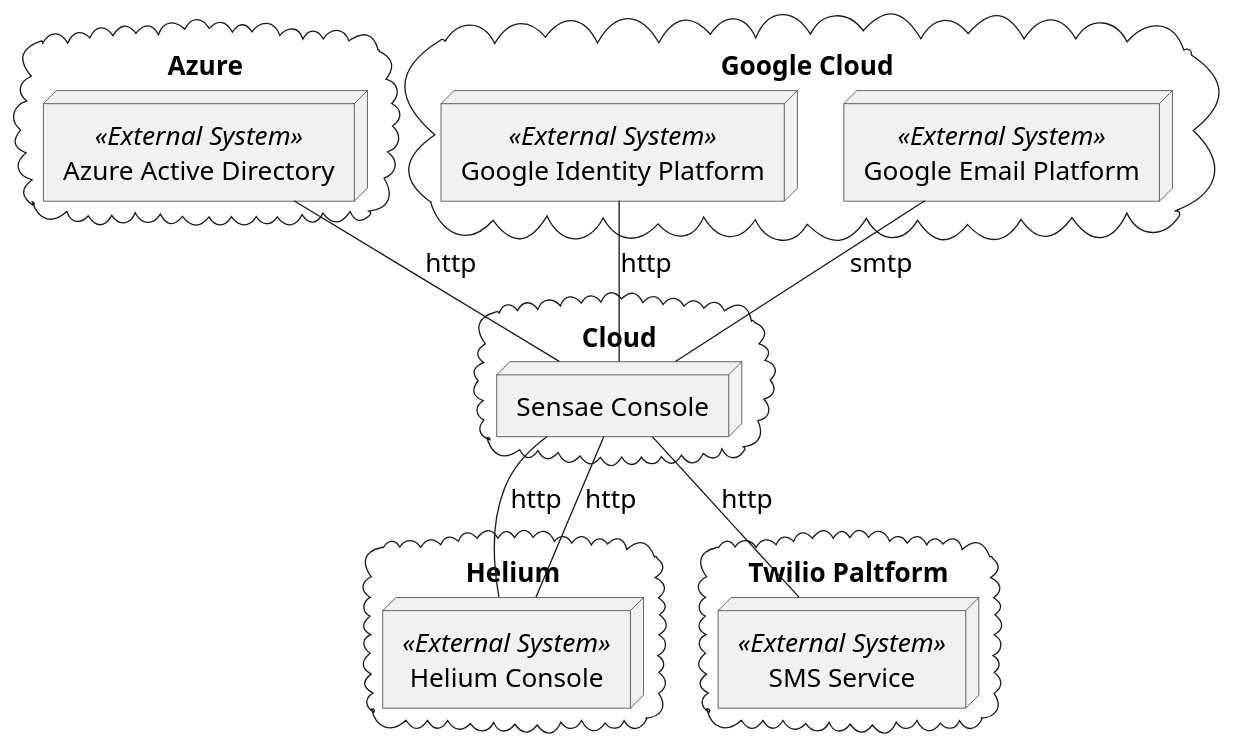
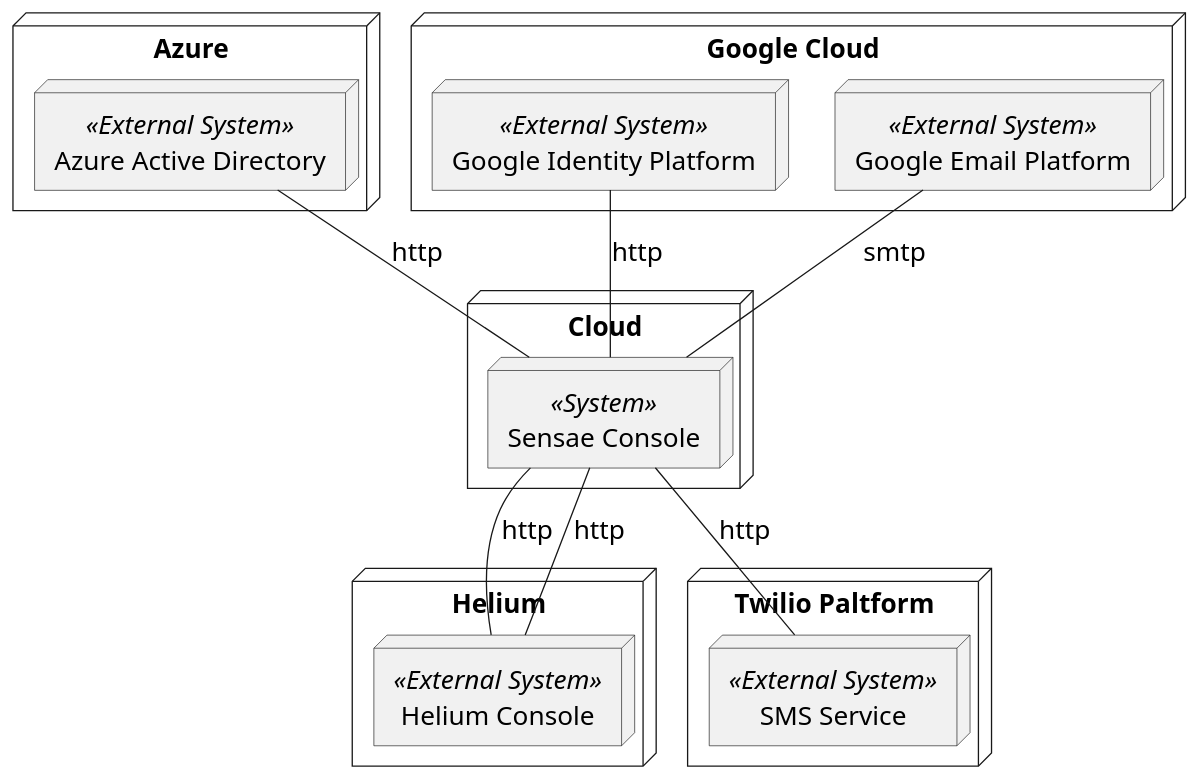
The diagram in assets/diagrams/design/architectural/level1/physical-view.pu (FilipeMCruz/dissertation), drawn with PlantUML before and after one commit. The commit also changed 11 other files, not shown here.

Commit message:
Fixed some diagrams

```diff
--- a/assets/diagrams/design/architectural/level1/physical-view.pu
+++ b/assets/diagrams/design/architectural/level1/physical-view.pu
@@ -1,39 +1,39 @@
 @startuml physical-view
 
 skinparam defaultFontSize 20
 skinparam Monochrome true
 skinparam sequenceMessageAlign center
 skinparam componentStyle uml2
 skinparam packageStyle rectangle
 
-cloud "Cloud" {
-    node "Sensae Console" as SYSTEM1
+node "Cloud" {
+    node "Sensae Console" <<System>> as SYSTEM1
 }
 
-cloud "Helium" {
+node "Helium" {
     node "Helium Console" <<External System>> as HC
 }
 
-cloud "Azure" {
+node "Azure" {
     node "Azure Active Directory" <<External System>> as AAD
 }
 
-cloud "Google Cloud" {
+node "Google Cloud" {
     node "Google Identity Platform" <<External System>> as GIP
     node "Google Email Platform" <<External System>> as EMAIL
 }
 
-cloud "Twilio Paltform" {
+node "Twilio Paltform" {
     node "SMS Service" <<External System>> as SMS
 }
 
 SYSTEM1 -- HC : http
 SYSTEM1 -- HC : http
 EMAIL -- SYSTEM1 : smtp
 SYSTEM1 -- SMS : http
 
 AAD -- SYSTEM1 : http
 GIP -- SYSTEM1 : http
 
 
 @enduml
```
